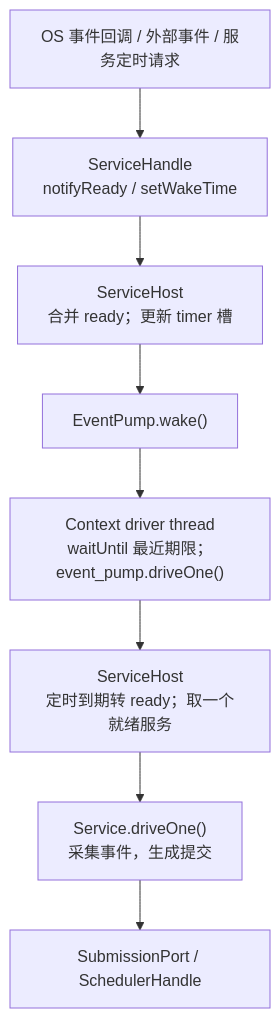
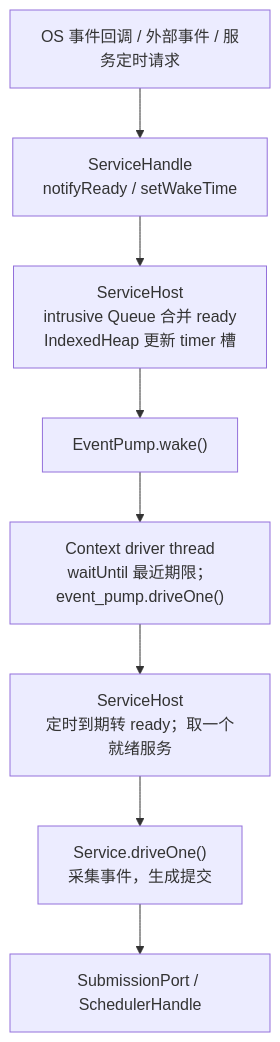
One commit to mmmmmcree/async changed the fourth of 7 diagrams in CORE_ARCHITECTURE.md. Above: the diagram before and after it, drawn with Mermaid. The commit also changed other lines of this file and 13 other files, not shown here.

Commit message:
seperate ServiceHost;  simplify BasicContext

````diff
--- a/CORE_ARCHITECTURE.md
+++ b/CORE_ARCHITECTURE.md
@@ -70,11 +74,11 @@
 ```mermaid
 flowchart TB
     source["OS 事件回调 / 外部事件 / 服务定时请求"]
     source --> handle["ServiceHandle<br/>notifyReady / setWakeTime"]
-    handle --> registration["ServiceHost<br/>合并 ready；更新 timer 槽"]
+    handle --> registration["ServiceHost<br/>intrusive Queue 合并 ready<br/>IndexedHeap 更新 timer 槽"]
     registration --> wake["EventPump.wake()"]
     wake --> wait["Context driver thread<br/>waitUntil 最近期限；event_pump.driveOne()"]
     wait --> ready["ServiceHost<br/>定时到期转 ready；取一个就绪服务"]
     ready --> service["Service.driveOne()<br/>采集事件，生成提交"]
     service --> submit["SubmissionPort / SchedulerHandle"]
 ```
````
